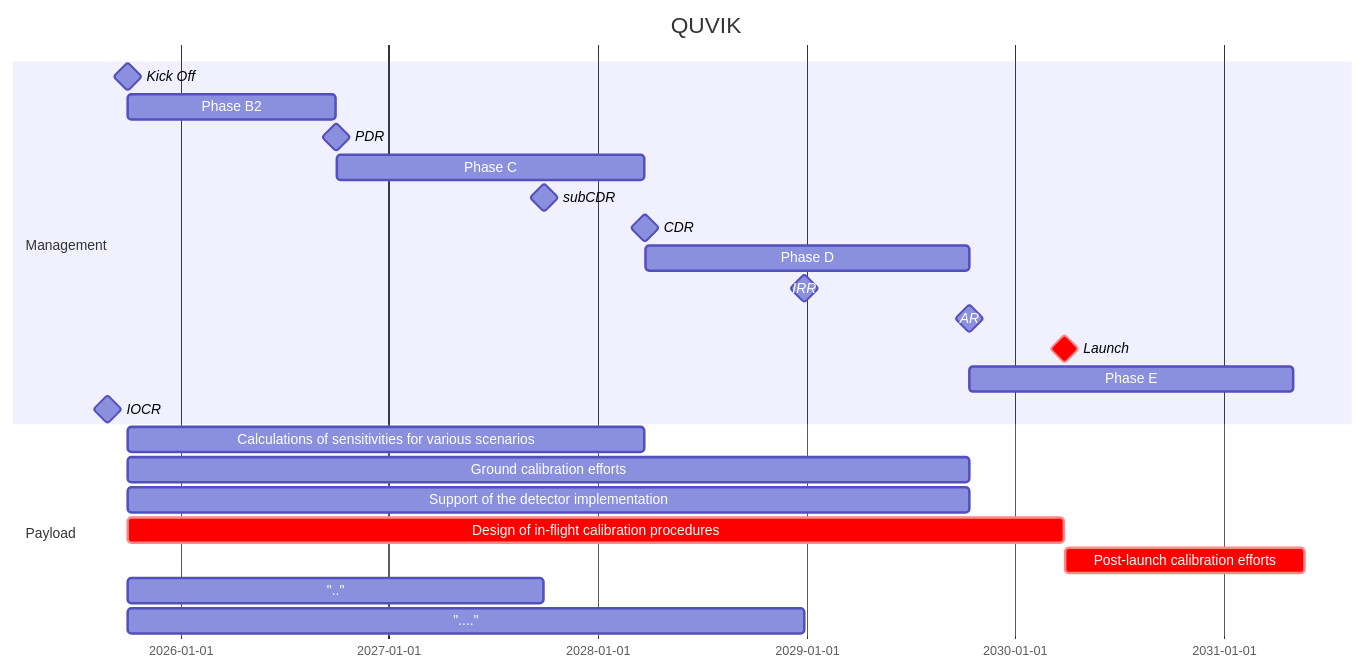
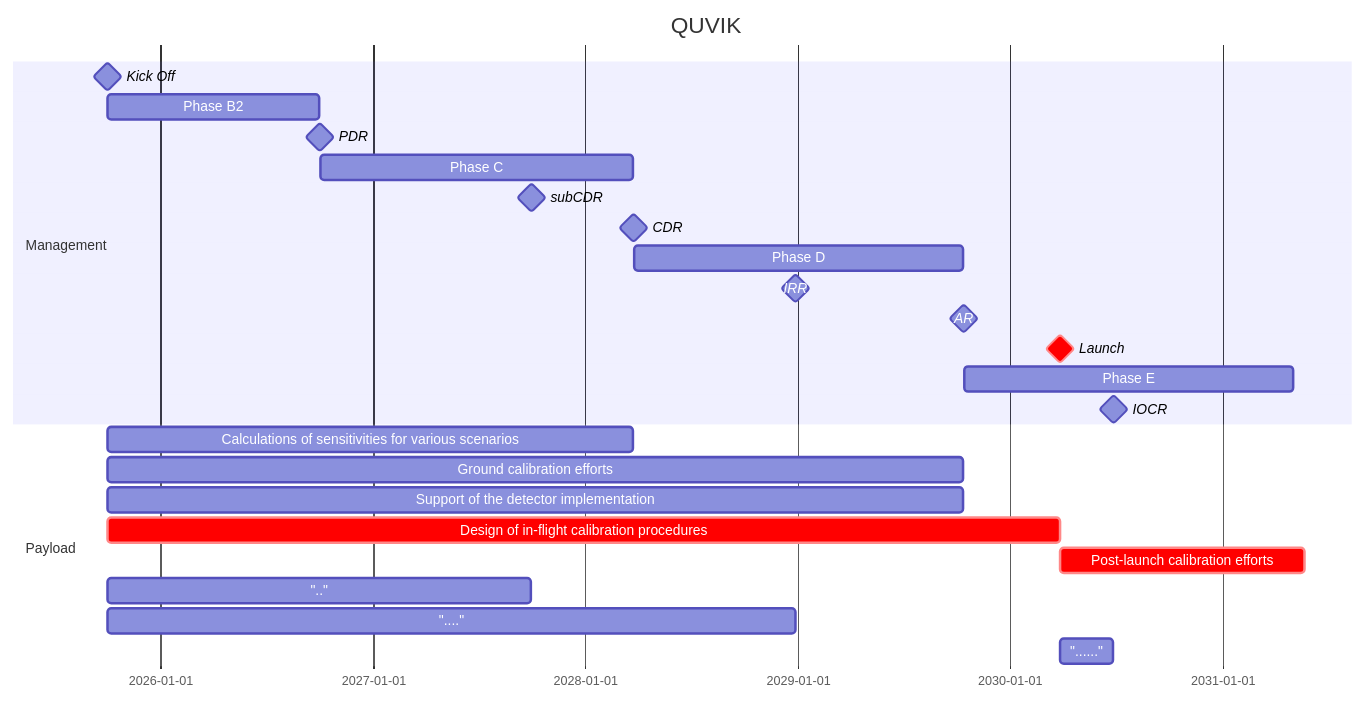
One commit to limu007/quvik changed the diagram in calib/Pload.md. Above: the diagram before and after it, drawn with Mermaid.

````diff
--- a/calib/Pload.md
+++ b/calib/Pload.md
@@ -1,30 +1,30 @@
 ```mermaid
 gantt
     title QUVIK
     dateFormat  YYYY-MM-DD
     section Management
     Kick Off : milestone, m1, 2025-09-31, 1d
     Phase B2 : b2, after m1, 52w
     PDR : milestone, pdr, after b2, 1d
     Phase C : c1, after pdr, 77w
     subCDR :  milestone, sc1, after des, 1d
     CDR : milestone, cdr, after c1, 1d
     Phase D : d1, after cdr, 81w
     IRR : milestone, irr, after imp, 1d
     AR : milestone, ar, after d1, 1d
     Launch : crit, milestone, frr, after dcal, 1d
     Phase E : e1, after ar, 81w
     IOCR : milestone, iocr, after e2, 1d
 
     section Payload
     Calculations of sensitivities for various scenarios :  after m1 , until cdr
     Ground calibration efforts :  after m1 , until ar
     Support of the detector implementation :  after m1 , until ar 
     Design of in-flight calibration procedures : crit, dcal, after m1 , 234w
     Post-launch calibration efforts : crit, after frr , 420d
 
     ".." : 	des, after m1	, 104w
     "...." : imp, after m1 , 169w
-
+    "......" : e2, after frr, 13w
 
 ```
````
